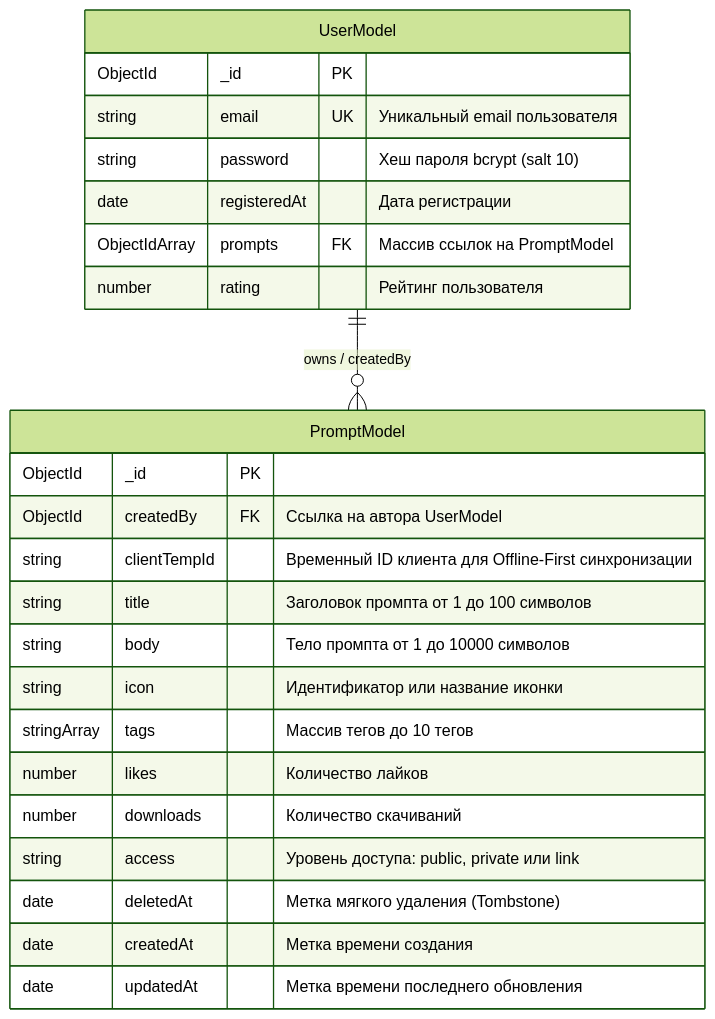
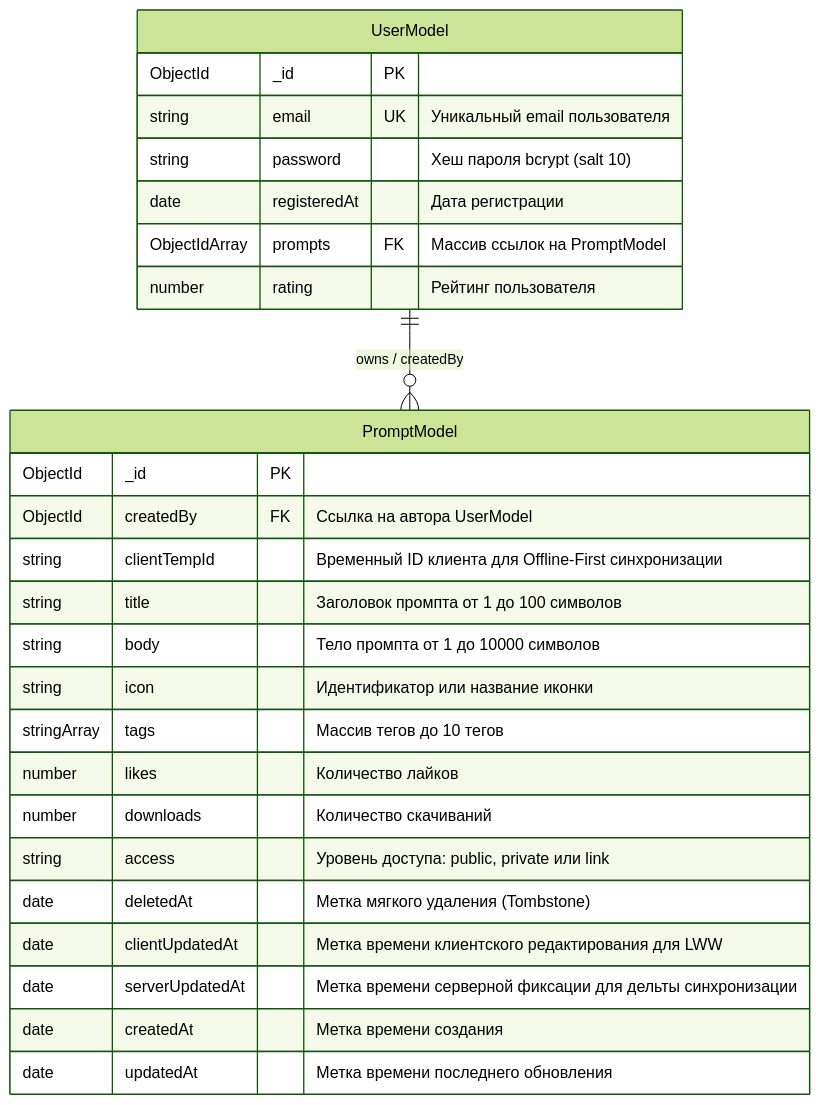
The third of 5 diagrams in docs/WIKI_BACKEND_AND_DATABASE.md (TemplaGem/TemplaGem_backend), drawn with Mermaid (forest theme) before and after one commit. The commit also changed 5 other files, not shown here.

Commit message:
fix(sync): address review comments on server delta, cursor race, idempotency, and lww atomicity

````diff
--- a/docs/WIKI_BACKEND_AND_DATABASE.md
+++ b/docs/WIKI_BACKEND_AND_DATABASE.md
@@ -224,27 +224,29 @@
 ```mermaid
 erDiagram
     UserModel ||--o{ PromptModel : "owns / createdBy"
     UserModel {
         ObjectId _id PK
         string email UK "Уникальный email пользователя"
         string password "Хеш пароля bcrypt (salt 10)"
         date registeredAt "Дата регистрации"
         ObjectIdArray prompts FK "Массив ссылок на PromptModel"
         number rating "Рейтинг пользователя"
     }
     PromptModel {
         ObjectId _id PK
         ObjectId createdBy FK "Ссылка на автора UserModel"
         string clientTempId "Временный ID клиента для Offline-First синхронизации"
         string title "Заголовок промпта от 1 до 100 символов"
         string body "Тело промпта от 1 до 10000 символов"
         string icon "Идентификатор или название иконки"
         stringArray tags "Массив тегов до 10 тегов"
         number likes "Количество лайков"
         number downloads "Количество скачиваний"
         string access "Уровень доступа: public, private или link"
         date deletedAt "Метка мягкого удаления (Tombstone)"
+        date clientUpdatedAt "Метка времени клиентского редактирования для LWW"
+        date serverUpdatedAt "Метка времени серверной фиксации для дельты синхронизации"
         date createdAt "Метка времени создания"
         date updatedAt "Метка времени последнего обновления"
     }
 ```
````
